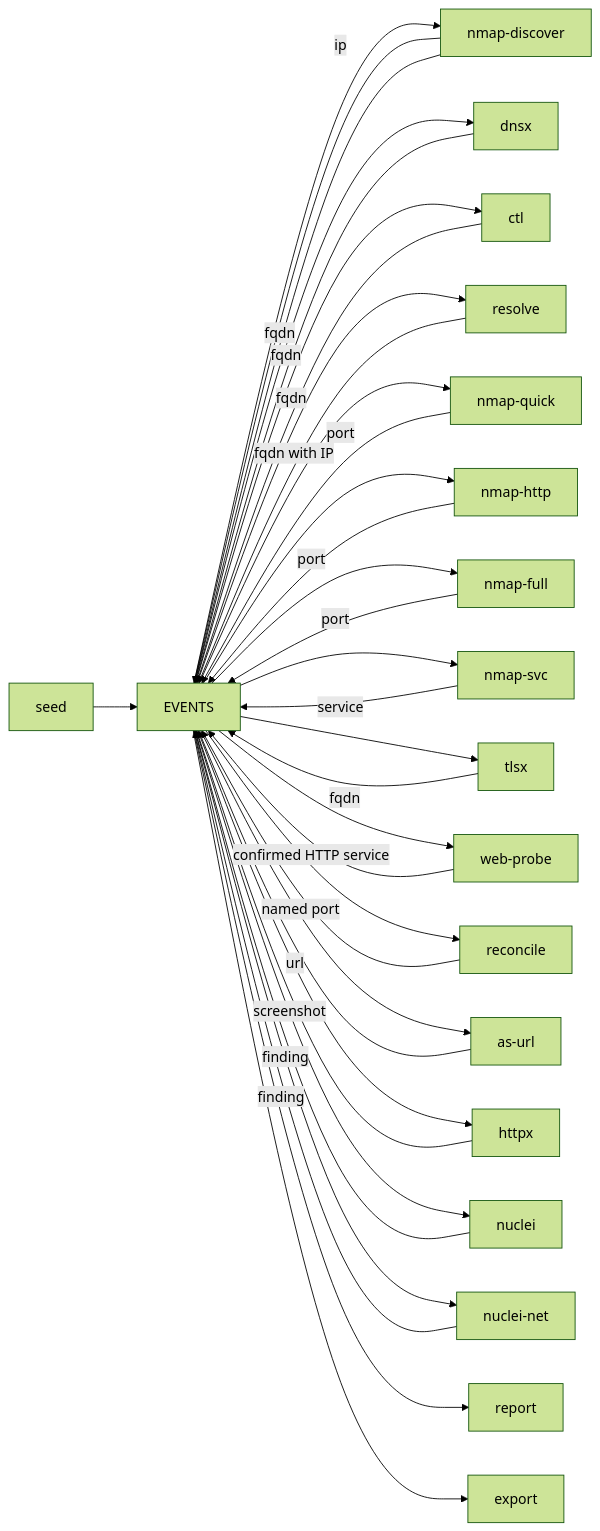
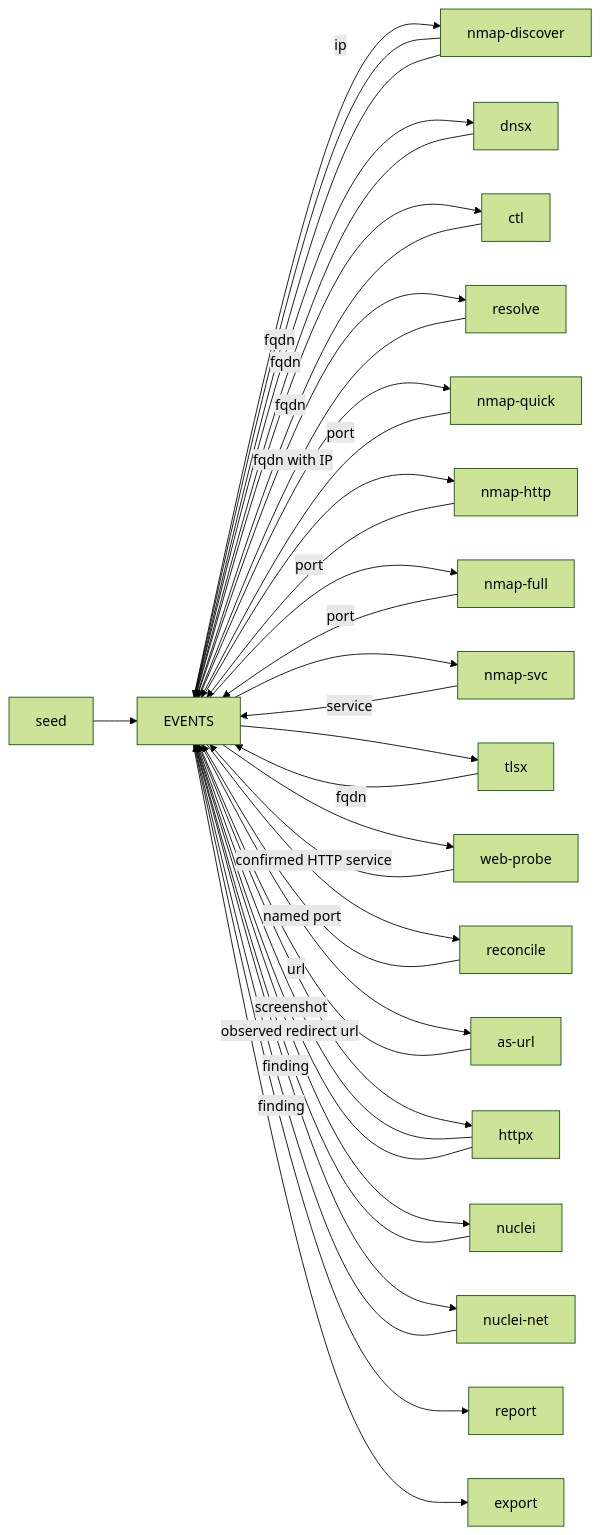
One commit to tomsteele/adama changed the diagram in README.md. Above: the diagram before and after it, drawn with Mermaid (forest theme). The commit also changed other lines of this file and 16 other files, not shown here.

````diff
--- a/README.md
+++ b/README.md
@@ -7,37 +7,38 @@
 ```mermaid
 flowchart LR
   seed[seed] --> events[EVENTS]
   events --> nmapDiscover[nmap-discover]
   nmapDiscover -->|ip| events
   nmapDiscover -->|fqdn| events
   events --> dnsx
   events --> ctl
   events --> resolve
   resolve -->|fqdn with IP| events
   dnsx -->|fqdn| events
   ctl -->|fqdn| events
   events --> nmapQuick[nmap-quick]
   events --> nmapHttp[nmap-http]
   events --> nmapFull[nmap-full]
   nmapQuick -->|port| events
   nmapHttp -->|port| events
   nmapFull -->|port| events
   events --> nmapSvc[nmap-svc]
   events --> tlsx
   nmapSvc -->|service| events
   events --> webProbe[web-probe]
   webProbe -->|confirmed HTTP service| events
   tlsx -->|fqdn| events
   events --> reconcile
   reconcile -->|named port| events
   events --> asUrl[as-url]
   asUrl -->|url| events
   events --> httpx
   events --> nuclei
   events --> nucleiNet[nuclei-net]
   httpx -->|screenshot| events
+  httpx -->|observed redirect url| events
   nuclei -->|finding| events
   nucleiNet -->|finding| events
   events --> report
   events --> export
 ```
````
